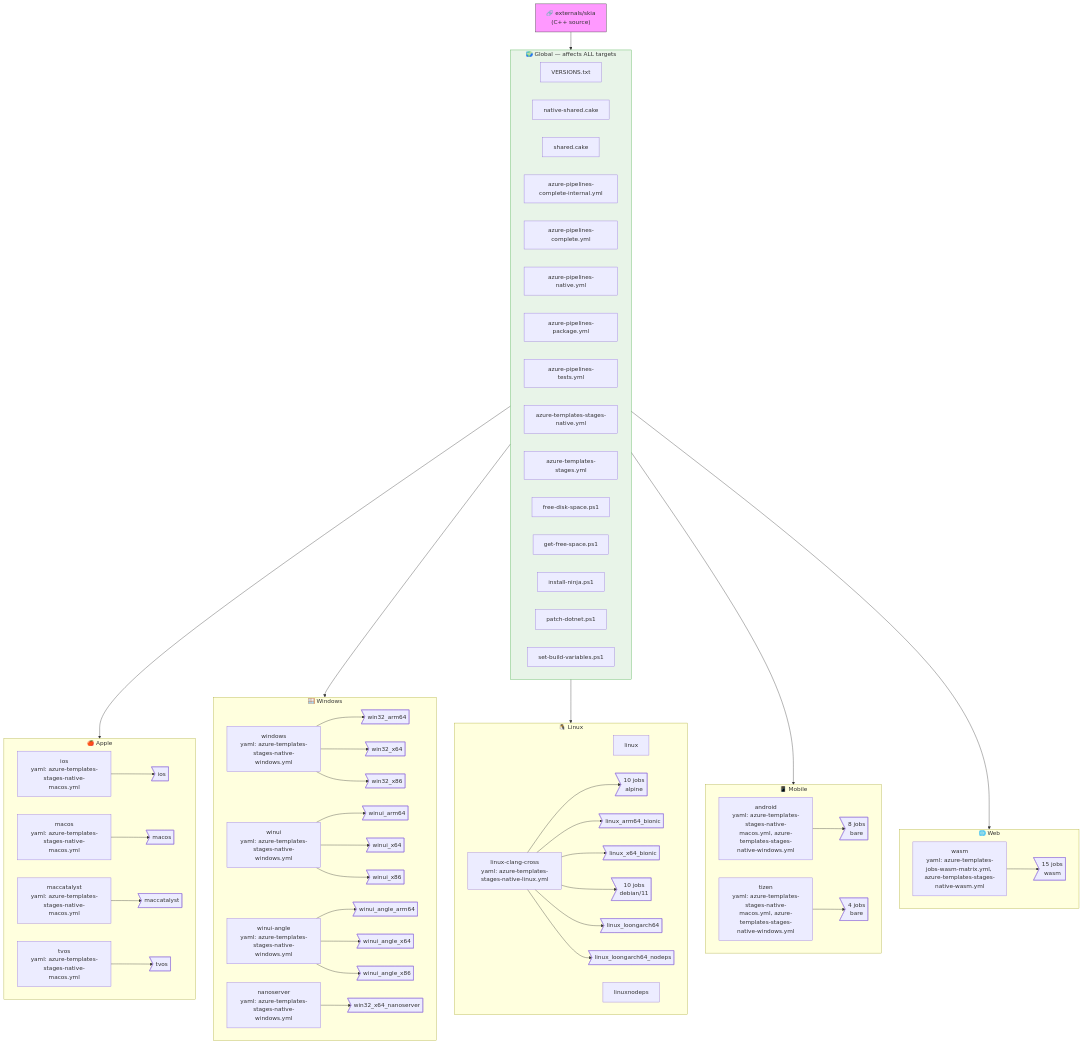
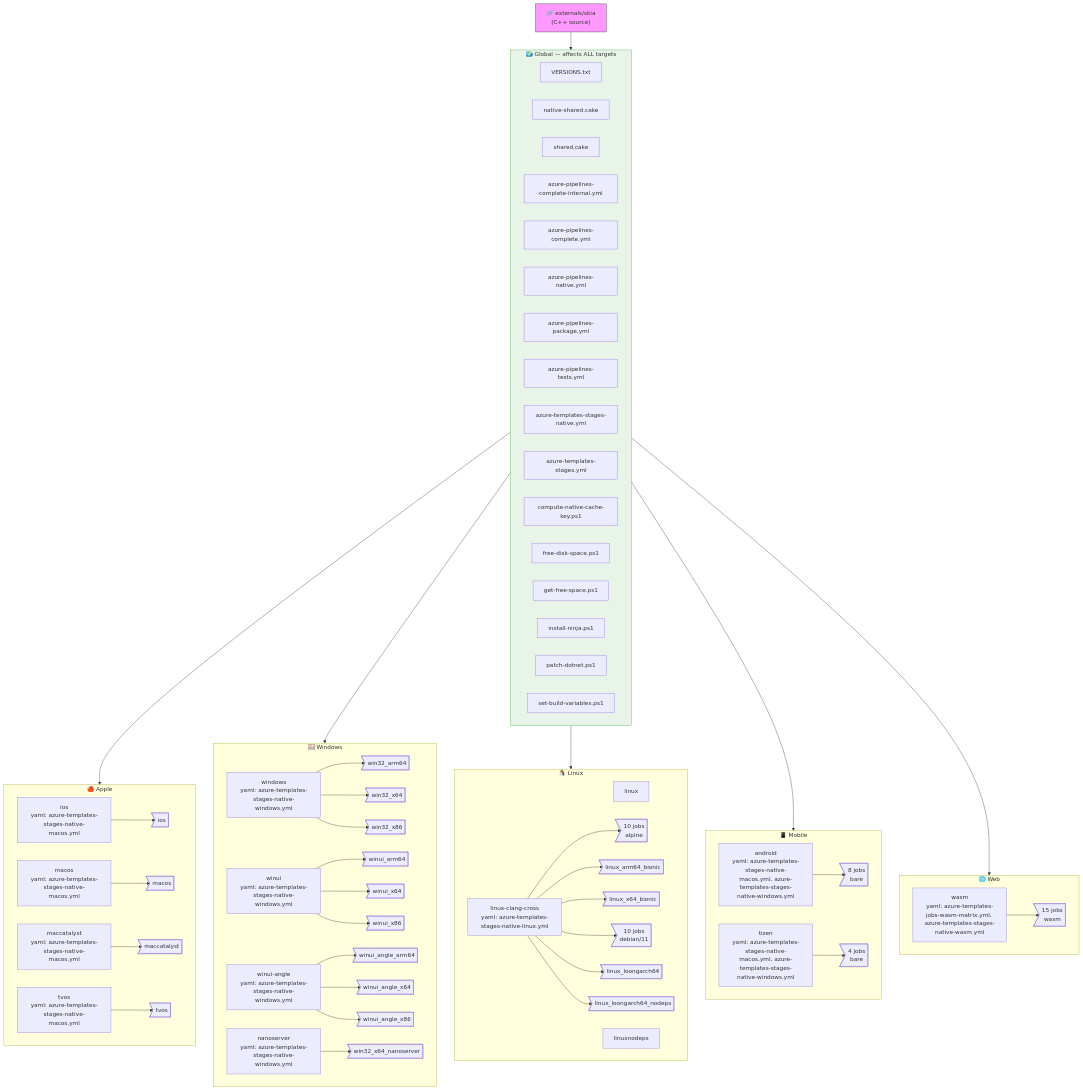
The diagram in scripts/native-build-deps.md (mono/SkiaSharp), drawn with Mermaid before and after one commit. The commit also changed 74 other files, not shown here.

First line of the commit message:
Add stage-level organization to scripts/infra/

```diff
--- a/scripts/native-build-deps.md
+++ b/scripts/native-build-deps.md
@@ -12,9 +12,9 @@
 
   subgraph global["🌍 Global — affects ALL targets"]
     direction LR
-    scripts_infra_shared_VERSIONS_txt["VERSIONS.txt"]
-    scripts_infra_shared_native_shared_cake["native-shared.cake"]
-    scripts_infra_shared_shared_cake["shared.cake"]
+    scripts_infra_native_shared_VERSIONS_txt["VERSIONS.txt"]
+    scripts_infra_native_shared_native_shared_cake["native-shared.cake"]
+    scripts_infra_native_shared_shared_cake["shared.cake"]
     scripts_azure_pipelines_complete_internal_yml["azure-pipelines-complete-internal.yml"]
     scripts_azure_pipelines_complete_yml["azure-pipelines-complete.yml"]
     scripts_azure_pipelines_native_yml["azure-pipelines-native.yml"]
@@ -22,11 +22,12 @@
     scripts_azure_pipelines_tests_yml["azure-pipelines-tests.yml"]
     scripts_azure_templates_stages_native_yml["azure-templates-stages-native.yml"]
     scripts_azure_templates_stages_yml["azure-templates-stages.yml"]
-    scripts_infra_shared_free_disk_space_ps1["free-disk-space.ps1"]
-    scripts_infra_shared_get_free_space_ps1["get-free-space.ps1"]
-    scripts_infra_shared_install_ninja_ps1["install-ninja.ps1"]
-    scripts_infra_shared_patch_dotnet_ps1["patch-dotnet.ps1"]
-    scripts_infra_shared_set_build_variables_ps1["set-build-variables.ps1"]
+    scripts_infra_native_shared_compute_native_cache_key_ps1["compute-native-cache-key.ps1"]
+    scripts_infra_native_shared_free_disk_space_ps1["free-disk-space.ps1"]
+    scripts_infra_native_shared_get_free_space_ps1["get-free-space.ps1"]
+    scripts_infra_native_shared_install_ninja_ps1["install-ninja.ps1"]
+    scripts_infra_native_shared_patch_dotnet_ps1["patch-dotnet.ps1"]
+    scripts_infra_native_shared_set_build_variables_ps1["set-build-variables.ps1"]
   end
 
   subgraph __Apple["🍎 Apple"]
```
